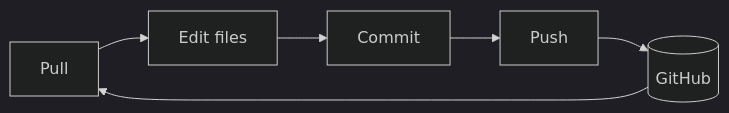
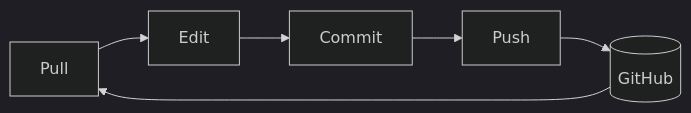
Before and after one commit to AnafNeves/Github_Workshop: the first of 2 diagrams in workshop.qmd, drawn with Mermaid (dark theme). The commit also changed other lines of this file and 1 other file, not shown here.

````diff
--- a/workshop.qmd
+++ b/workshop.qmd
@@ -116,9 +134,9 @@
 ```{mermaid}
 %%| fig-width: 10
 flowchart LR
-  A[Pull] --> B[Edit files]
+  A[Pull] --> B[Edit]
   B --> C[Commit]
   C --> D[Push]
   D --> E[(GitHub)]
   E --> A
 ```
````
